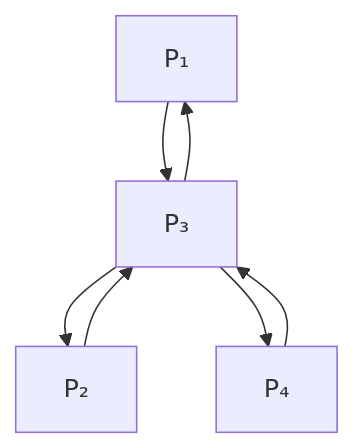
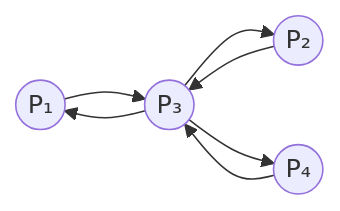
Before and after one commit to aek676/markov-chain: the diagram in docs/pageRank.md, drawn with Mermaid.

Commit message:
Actualizar diagrama mermaid en la documentación de PageRank para mejorar la visualización del algoritmo

````diff
--- a/docs/pageRank.md
+++ b/docs/pageRank.md
@@ -1,9 +1,9 @@
 ```mermaid
-graph TD
-  P1[P₁] --> P3[P₃]
-  P2[P₂] --> P3[P₃]
-  P3[P₃] --> P1[P₁]
-  P3[P₃] --> P2[P₂]
-  P3[P₃] --> P4[P₄]
-  P4[P₄] --> P3[P₃]
+graph LR
+  P1((P₁)) --> P3((P₃))
+  P2((P₂)) --> P3((P₃))
+  P3((P₃)) --> P1((P₁))
+  P3((P₃)) --> P2((P₂))
+  P3((P₃)) --> P4((P₄))
+  P4((P₄)) --> P3((P₃))
 ```
````
